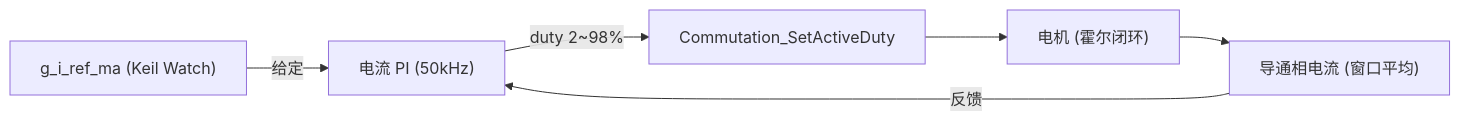
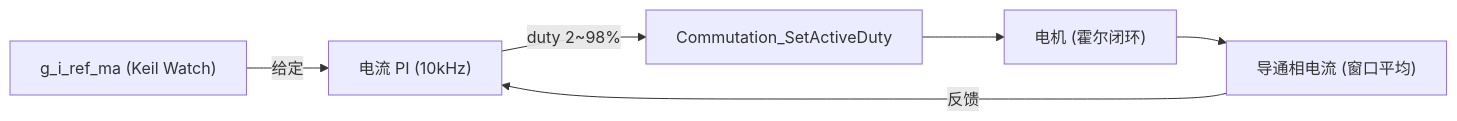
Before and after one commit to HCHCHC99/WS_L: the second of 2 diagrams in ws_L_v.1.0.2/PI电流环.md, drawn with Mermaid. The commit also changed other lines of this file and 6 other files, not shown here.

````diff
--- a/ws_L_v.1.0.2/PI电流环.md
+++ b/ws_L_v.1.0.2/PI电流环.md
@@ -157,8 +157,8 @@
 ```mermaid
 flowchart LR
-    REF["g_i_ref_ma (Keil Watch)"] -->|给定| PI["电流 PI (50kHz)"]
+    REF["g_i_ref_ma (Keil Watch)"] -->|给定| PI["电流 PI (10kHz)"]
     FB["导通相电流 (窗口平均)"] -->|反馈| PI
     PI -->|duty 2~98%| DUTY["Commutation_SetActiveDuty"]
     DUTY --> M["电机 (霍尔闭环)"]
     M --> FB
 ```
````
